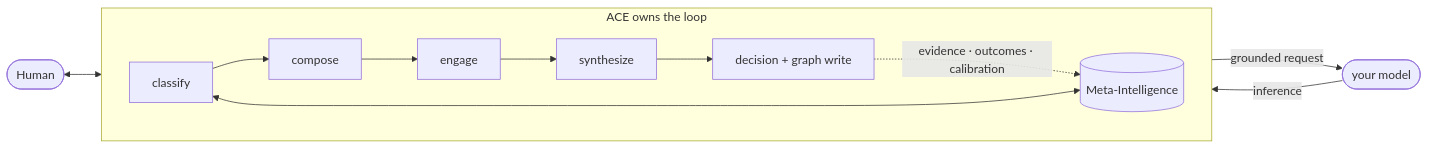
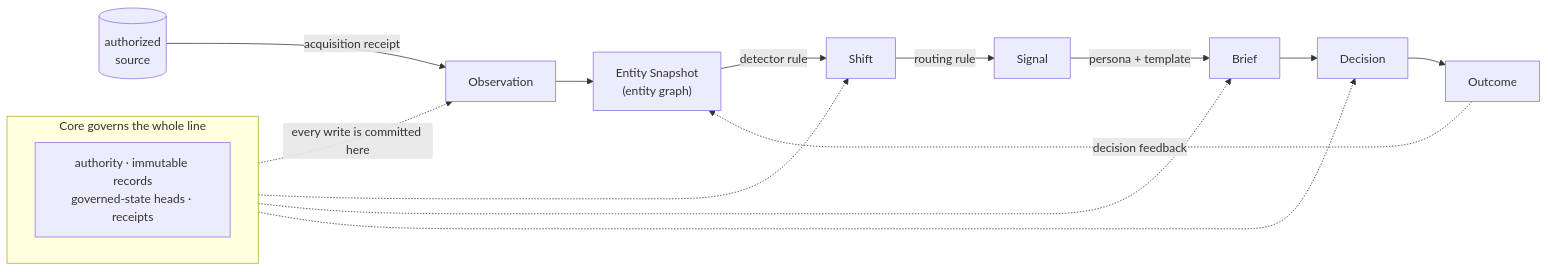
Before and after one commit to augmented-cognition-engine/core: the first of 2 diagrams in README.md, drawn with Mermaid. The commit also changed other lines of this file, not shown here.

Commit message:
Rewrite README for Core and Intelligence architecture

````diff
--- a/README.md
+++ b/README.md
@@ -74,15 +49,20 @@
 ```mermaid
 flowchart LR
-    H([Human]) <--> ROUTE
-    subgraph ACE["ACE owns the loop"]
+    SRC[("authorized<br/>source")] -->|acquisition receipt| OBS[Observation]
+    OBS --> ENT["Entity Snapshot<br/>(entity graph)"]
+    ENT -->|detector rule| SHIFT[Shift]
+    SHIFT -->|routing rule| SIG[Signal]
+    SIG -->|persona + template| BRIEF[Brief]
+    BRIEF --> DEC[Decision]
+    DEC --> OUT[Outcome]
+    OUT -.->|decision feedback| ENT
+
+    subgraph CORE["Core governs the whole line"]
         direction LR
-        META[(Meta-Intelligence)] <--> ROUTE[classify]
-        ROUTE --> COMPOSE[compose]
-        COMPOSE --> ENGAGE[engage]
-        ENGAGE --> SYNTH[synthesize]
-        SYNTH --> WRITE[decision + graph write]
-        WRITE -. evidence · outcomes · calibration .-> META
+        AUTH["authority · immutable records<br/>governed-state heads · receipts"]
     end
-    ENGAGE -->|grounded request| LLM([your model])
-    LLM -->|inference| ENGAGE
+    CORE -.->|"every write is committed here"| OBS
+    CORE -.-> SHIFT
+    CORE -.-> BRIEF
+    CORE -.-> DEC
 ```
````
